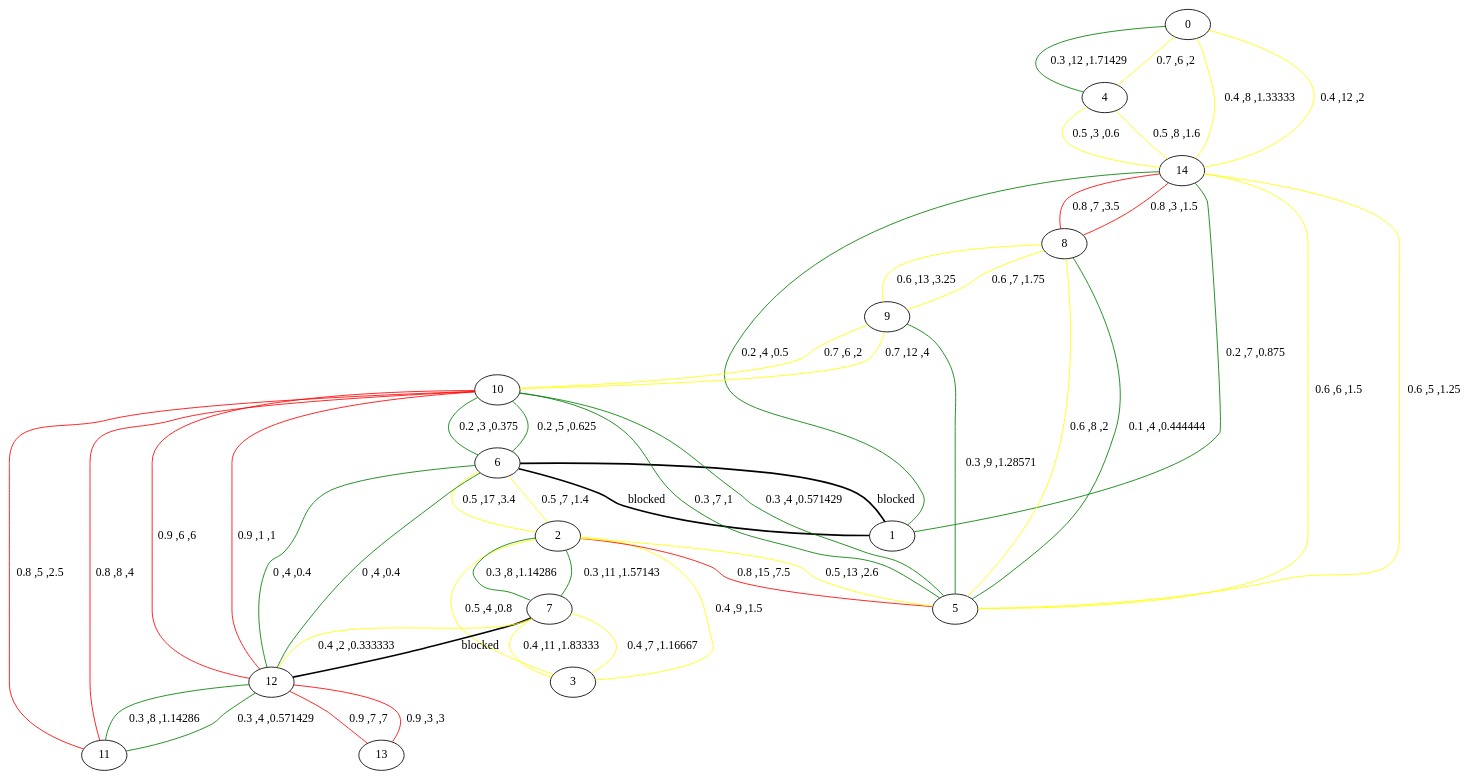
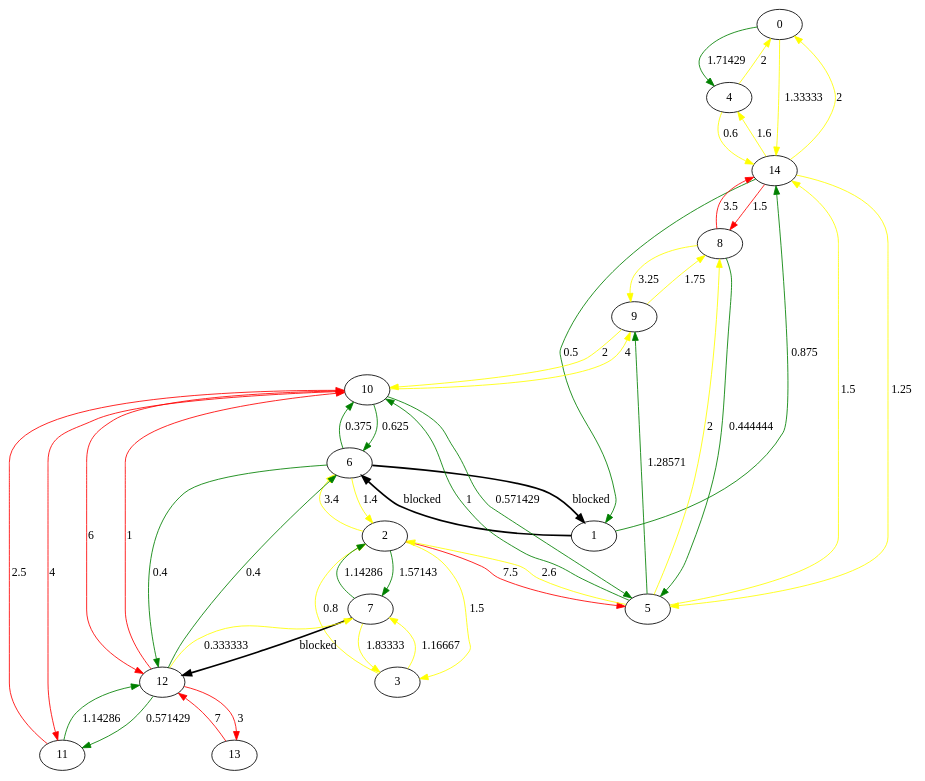
One commit to Code-with-ease/road-not-taken changed the diagram in output.dot. Above: the diagram before and after it, drawn with Graphviz. The commit also changed 5 other files, not shown here.

```diff
--- a/output.dot
+++ b/output.dot
@@ -1,49 +1,49 @@
 digraph Test {
-0 -> 4[dir=none, label="0.3 ,12 ,1.71429",color= green, penwidth="1"];
-0 -> 14[dir=none, label="0.4 ,8 ,1.33333",color= yellow, penwidth="1"];
-1 -> 6[dir=none, label="blocked",color= black, penwidth="2"];
-1 -> 14[dir=none, label="0.2 ,7 ,0.875",color= green, penwidth="1"];
-2 -> 3[dir=none, label="0.4 ,9 ,1.5",color= yellow, penwidth="1"];
-2 -> 5[dir=none, label="0.8 ,15 ,7.5",color= red, penwidth="1"];
-2 -> 6[dir=none, label="0.5 ,17 ,3.4",color= yellow, penwidth="1"];
-2 -> 7[dir=none, label="0.3 ,11 ,1.57143",color= green, penwidth="1"];
-3 -> 2[dir=none, label="0.5 ,4 ,0.8",color= yellow, penwidth="1"];
-3 -> 7[dir=none, label="0.4 ,7 ,1.16667",color= yellow, penwidth="1"];
-4 -> 0[dir=none, label="0.7 ,6 ,2",color= yellow, penwidth="1"];
-4 -> 14[dir=none, label="0.5 ,3 ,0.6",color= yellow, penwidth="1"];
-5 -> 2[dir=none, label="0.5 ,13 ,2.6",color= yellow, penwidth="1"];
-5 -> 8[dir=none, label="0.6 ,8 ,2",color= yellow, penwidth="1"];
-5 -> 9[dir=none, label="0.3 ,9 ,1.28571",color= green, penwidth="1"];
-5 -> 10[dir=none, label="0.3 ,7 ,1",color= green, penwidth="1"];
-5 -> 14[dir=none, label="0.6 ,6 ,1.5",color= yellow, penwidth="1"];
-6 -> 1[dir=none, label="blocked",color= black, penwidth="2"];
-6 -> 2[dir=none, label="0.5 ,7 ,1.4",color= yellow, penwidth="1"];
-6 -> 10[dir=none, label="0.2 ,3 ,0.375",color= green, penwidth="1"];
-6 -> 12[dir=none, label="0 ,4 ,0.4",color= green, penwidth="1"];
-7 -> 2[dir=none, label="0.3 ,8 ,1.14286",color= green, penwidth="1"];
-7 -> 3[dir=none, label="0.4 ,11 ,1.83333",color= yellow, penwidth="1"];
-7 -> 12[dir=none, label="blocked",color= black, penwidth="2"];
-8 -> 5[dir=none, label="0.1 ,4 ,0.444444",color= green, penwidth="1"];
-8 -> 9[dir=none, label="0.6 ,13 ,3.25",color= yellow, penwidth="1"];
-8 -> 14[dir=none, label="0.8 ,7 ,3.5",color= red, penwidth="1"];
-9 -> 8[dir=none, label="0.6 ,7 ,1.75",color= yellow, penwidth="1"];
-9 -> 10[dir=none, label="0.7 ,6 ,2",color= yellow, penwidth="1"];
-10 -> 5[dir=none, label="0.3 ,4 ,0.571429",color= green, penwidth="1"];
-10 -> 6[dir=none, label="0.2 ,5 ,0.625",color= green, penwidth="1"];
-10 -> 9[dir=none, label="0.7 ,12 ,4",color= yellow, penwidth="1"];
-10 -> 11[dir=none, label="0.8 ,8 ,4",color= red, penwidth="1"];
-10 -> 12[dir=none, label="0.9 ,6 ,6",color= red, penwidth="1"];
-11 -> 10[dir=none, label="0.8 ,5 ,2.5",color= red, penwidth="1"];
-11 -> 12[dir=none, label="0.3 ,8 ,1.14286",color= green, penwidth="1"];
-12 -> 6[dir=none, label="0 ,4 ,0.4",color= green, penwidth="1"];
-12 -> 7[dir=none, label="0.4 ,2 ,0.333333",color= yellow, penwidth="1"];
-12 -> 10[dir=none, label="0.9 ,1 ,1",color= red, penwidth="1"];
-12 -> 11[dir=none, label="0.3 ,4 ,0.571429",color= green, penwidth="1"];
-12 -> 13[dir=none, label="0.9 ,3 ,3",color= red, penwidth="1"];
-13 -> 12[dir=none, label="0.9 ,7 ,7",color= red, penwidth="1"];
-14 -> 0[dir=none, label="0.4 ,12 ,2",color= yellow, penwidth="1"];
-14 -> 1[dir=none, label="0.2 ,4 ,0.5",color= green, penwidth="1"];
-14 -> 4[dir=none, label="0.5 ,8 ,1.6",color= yellow, penwidth="1"];
-14 -> 5[dir=none, label="0.6 ,5 ,1.25",color= yellow, penwidth="1"];
-14 -> 8[dir=none, label="0.8 ,3 ,1.5",color= red, penwidth="1"];
+0 -> 4[label="1.71429",color= green, penwidth="1"];
+0 -> 14[label="1.33333",color= yellow, penwidth="1"];
+1 -> 6[label="blocked",color= black, penwidth="2"];
+1 -> 14[label="0.875",color= green, penwidth="1"];
+2 -> 3[label="1.5",color= yellow, penwidth="1"];
+2 -> 5[label="7.5",color= red, penwidth="1"];
+2 -> 6[label="3.4",color= yellow, penwidth="1"];
+2 -> 7[label="1.57143",color= green, penwidth="1"];
+3 -> 2[label="0.8",color= yellow, penwidth="1"];
+3 -> 7[label="1.16667",color= yellow, penwidth="1"];
+4 -> 0[label="2",color= yellow, penwidth="1"];
+4 -> 14[label="0.6",color= yellow, penwidth="1"];
+5 -> 2[label="2.6",color= yellow, penwidth="1"];
+5 -> 8[label="2",color= yellow, penwidth="1"];
+5 -> 9[label="1.28571",color= green, penwidth="1"];
+5 -> 10[label="1",color= green, penwidth="1"];
+5 -> 14[label="1.5",color= yellow, penwidth="1"];
+6 -> 1[label="blocked",color= black, penwidth="2"];
+6 -> 2[label="1.4",color= yellow, penwidth="1"];
+6 -> 10[label="0.375",color= green, penwidth="1"];
+6 -> 12[label="0.4",color= green, penwidth="1"];
+7 -> 2[label="1.14286",color= green, penwidth="1"];
+7 -> 3[label="1.83333",color= yellow, penwidth="1"];
+7 -> 12[label="blocked",color= black, penwidth="2"];
+8 -> 5[label="0.444444",color= green, penwidth="1"];
+8 -> 9[label="3.25",color= yellow, penwidth="1"];
+8 -> 14[label="3.5",color= red, penwidth="1"];
+9 -> 8[label="1.75",color= yellow, penwidth="1"];
+9 -> 10[label="2",color= yellow, penwidth="1"];
+10 -> 5[label="0.571429",color= green, penwidth="1"];
+10 -> 6[label="0.625",color= green, penwidth="1"];
+10 -> 9[label="4",color= yellow, penwidth="1"];
+10 -> 11[label="4",color= red, penwidth="1"];
+10 -> 12[label="6",color= red, penwidth="1"];
+11 -> 10[label="2.5",color= red, penwidth="1"];
+11 -> 12[label="1.14286",color= green, penwidth="1"];
+12 -> 6[label="0.4",color= green, penwidth="1"];
+12 -> 7[label="0.333333",color= yellow, penwidth="1"];
+12 -> 10[label="1",color= red, penwidth="1"];
+12 -> 11[label="0.571429",color= green, penwidth="1"];
+12 -> 13[label="3",color= red, penwidth="1"];
+13 -> 12[label="7",color= red, penwidth="1"];
+14 -> 0[label="2",color= yellow, penwidth="1"];
+14 -> 1[label="0.5",color= green, penwidth="1"];
+14 -> 4[label="1.6",color= yellow, penwidth="1"];
+14 -> 5[label="1.25",color= yellow, penwidth="1"];
+14 -> 8[label="1.5",color= red, penwidth="1"];
 }
```
